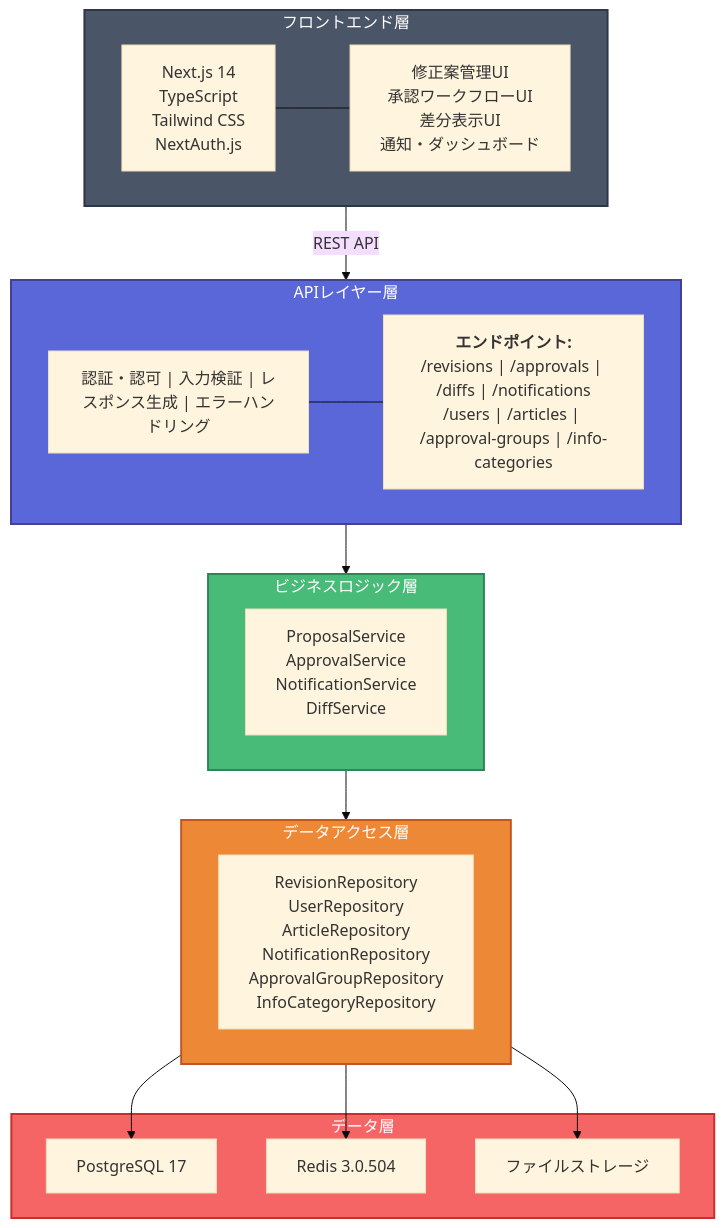
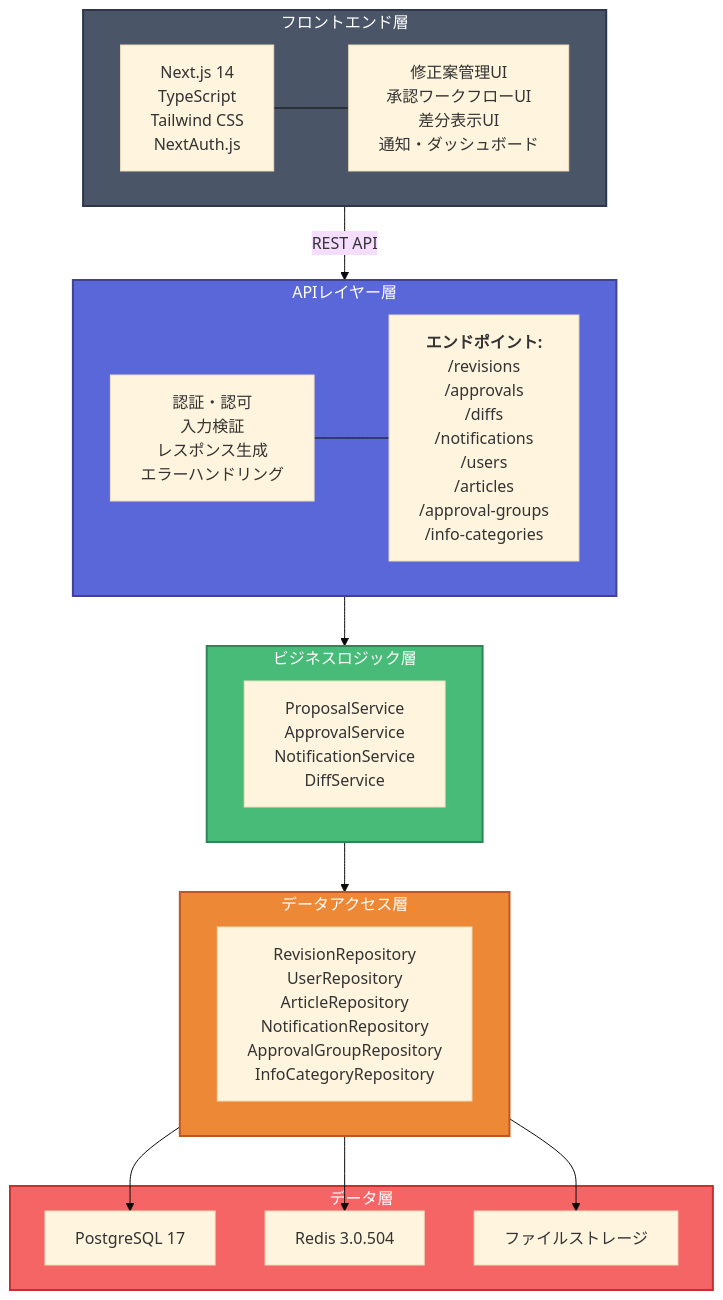
One commit to ekrsw/knowledge_app changed the first of 2 diagrams in .tmp/design.md. Above: the diagram before and after it, drawn with Mermaid (base theme).

Commit message:
APIレイヤー層の表示を修正
- AuthとEndpointsノードの文字が見切れる問題を解決
- 機能とエンドポイントを縦配置で整理
- 視認性を向上

🤖 Generated with [Claude Code](https://claude.ai/code)

````diff
--- a/.tmp/design.md
+++ b/.tmp/design.md
@@ -7,54 +7,54 @@
 ```mermaid
 graph TB
     %% フロントエンド層
     subgraph Frontend["フロントエンド層"]
         UI_Framework["Next.js 14<br/>TypeScript<br/>Tailwind CSS<br/>NextAuth.js"]
         UI_Components["修正案管理UI<br/>承認ワークフローUI<br/>差分表示UI<br/>通知・ダッシュボード"]
         UI_Framework --- UI_Components
     end
 
     %% APIレイヤー層
     subgraph API["APIレイヤー層"]
-        Auth["認証・認可 | 入力検証 | レスポンス生成 | エラーハンドリング"]
-        Endpoints["<b>エンドポイント:</b><br/>/revisions | /approvals | /diffs | /notifications<br/>/users | /articles | /approval-groups | /info-categories"]
+        Auth["認証・認可<br/>入力検証<br/>レスポンス生成<br/>エラーハンドリング"]
+        Endpoints["<b>エンドポイント:</b><br/>/revisions<br/>/approvals<br/>/diffs<br/>/notifications<br/>/users<br/>/articles<br/>/approval-groups<br/>/info-categories"]
         Auth --- Endpoints
     end
 
     %% ビジネスロジック層
     subgraph Business["ビジネスロジック層"]
         Services["ProposalService<br/>ApprovalService<br/>NotificationService<br/>DiffService"]
     end
 
     %% データアクセス層
     subgraph DataAccess["データアクセス層"]
         Repositories["RevisionRepository<br/>UserRepository<br/>ArticleRepository<br/>NotificationRepository<br/>ApprovalGroupRepository<br/>InfoCategoryRepository"]
     end
 
     %% データ層
     subgraph Data["データ層"]
         PostgreSQL["PostgreSQL 17"]
         Redis["Redis 3.0.504"]
         FileStorage["ファイルストレージ"]
     end
 
     %% 接続
     Frontend -->|REST API| API
     API --> Business
     Business --> DataAccess
     DataAccess --> PostgreSQL
     DataAccess --> Redis
     DataAccess --> FileStorage
 
     %% スタイリング（濃いグレー背景に白文字）
     classDef frontendStyle fill:#4a5568,stroke:#2d3748,stroke-width:2px,color:#fff
     classDef apiStyle fill:#5a67d8,stroke:#434190,stroke-width:2px,color:#fff
     classDef businessStyle fill:#48bb78,stroke:#2f855a,stroke-width:2px,color:#fff
     classDef dataAccessStyle fill:#ed8936,stroke:#c05621,stroke-width:2px,color:#fff
     classDef dataStyle fill:#f56565,stroke:#c53030,stroke-width:2px,color:#fff
 
     class Frontend frontendStyle
     class API apiStyle
     class Business businessStyle
     class DataAccess dataAccessStyle
     class Data dataStyle
 ```
````
